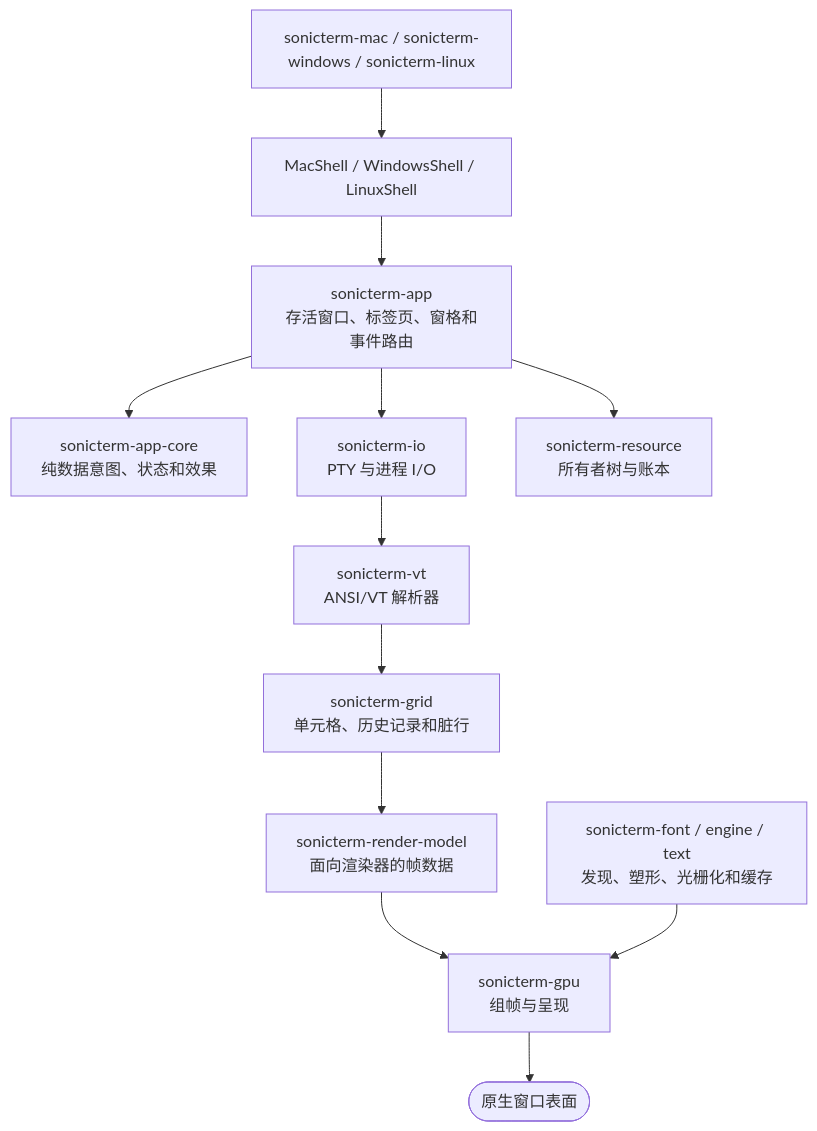
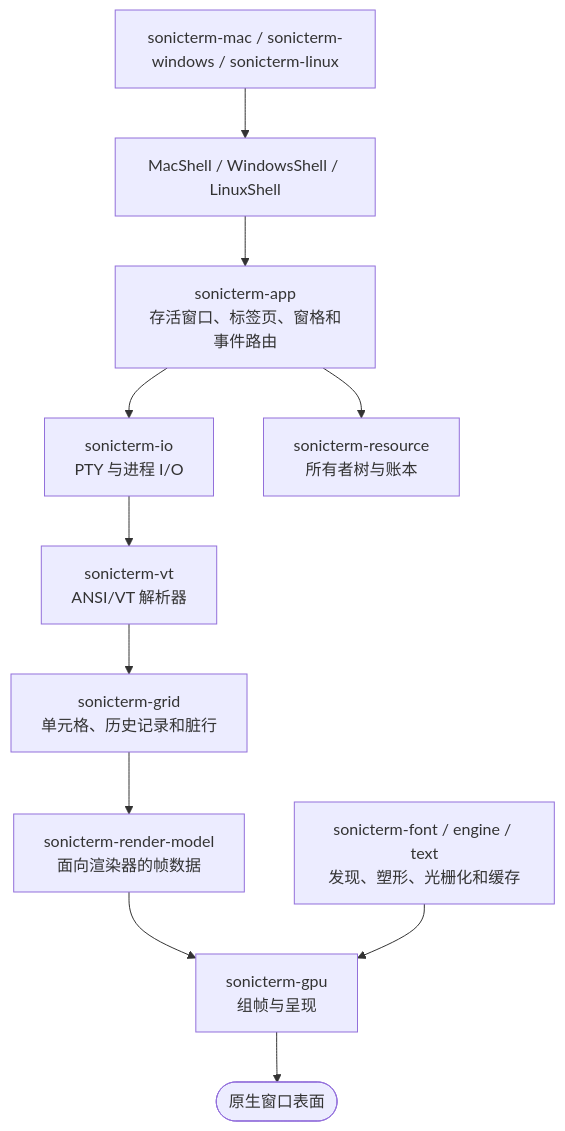
Before and after one commit to D0n9X1n/SonicTerm: the first of 2 diagrams in wiki/Architecture-zh-CN.md, drawn with Mermaid. The commit also changed other lines of this file and 458 other files, not shown here.

First line of the commit message:
dev:mac: v1.5.3: remove the app-core reducer; OSC parity with WezTerm, Ghostty and kitty (#1944)

````diff
--- a/wiki/Architecture-zh-CN.md
+++ b/wiki/Architecture-zh-CN.md
@@ -14,21 +14,19 @@
 ```mermaid
 flowchart TD
     platform["sonicterm-mac / sonicterm-windows / sonicterm-linux"]
     shell["MacShell / WindowsShell / LinuxShell"]
     app["sonicterm-app<br/>存活窗口、标签页、窗格和事件路由"]
-    core["sonicterm-app-core<br/>纯数据意图、状态和效果"]
     io["sonicterm-io<br/>PTY 与进程 I/O"]
     vt["sonicterm-vt<br/>ANSI/VT 解析器"]
     grid["sonicterm-grid<br/>单元格、历史记录和脏行"]
     model["sonicterm-render-model<br/>面向渲染器的帧数据"]
     font["sonicterm-font / engine / text<br/>发现、塑形、光栅化和缓存"]
     gpu["sonicterm-gpu<br/>组帧与呈现"]
     screen(["原生窗口表面"])
     resource["sonicterm-resource<br/>所有者树与账本"]
 
     platform --> shell --> app
-    app --> core
     app --> io --> vt --> grid --> model --> gpu --> screen
     font --> gpu
     app --> resource
 ```
````
